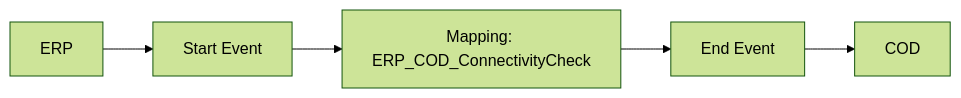
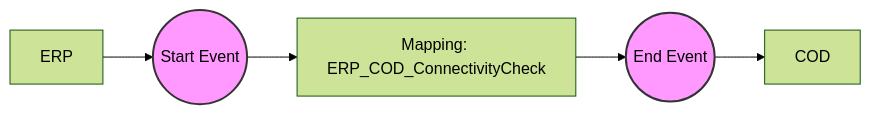
Before and after one commit to Avvale-IA-CICD/AvvaleCPI: the diagram in MMZ - Cell Iflows/Check_Connectivity_from_SAP_Business_Suite_MMZ-1.0.3/readme.md, drawn with Mermaid (forest theme). The commit also changed other lines of this file, not shown here.

````diff
--- a/MMZ - Cell Iflows/Check_Connectivity_from_SAP_Business_Suite_MMZ-1.0.3/readme.md
+++ b/MMZ - Cell Iflows/Check_Connectivity_from_SAP_Business_Suite_MMZ-1.0.3/readme.md
@@ -4,7 +4,9 @@
 ```mermaid
 graph LR
-    ERP[ERP] --> StartEvent[Start Event]
+    ERP[ERP] --> StartEvent((Start Event))
     StartEvent --> Mapping[Mapping: ERP_COD_ConnectivityCheck]
-    Mapping --> EndEvent[End Event]
+    Mapping --> EndEvent((End Event))
     EndEvent --> COD[COD]
+    style StartEvent fill:#f9f,stroke:#333,stroke-width:2px
+    style EndEvent fill:#f9f,stroke:#333,stroke-width:2px
 ```
````
